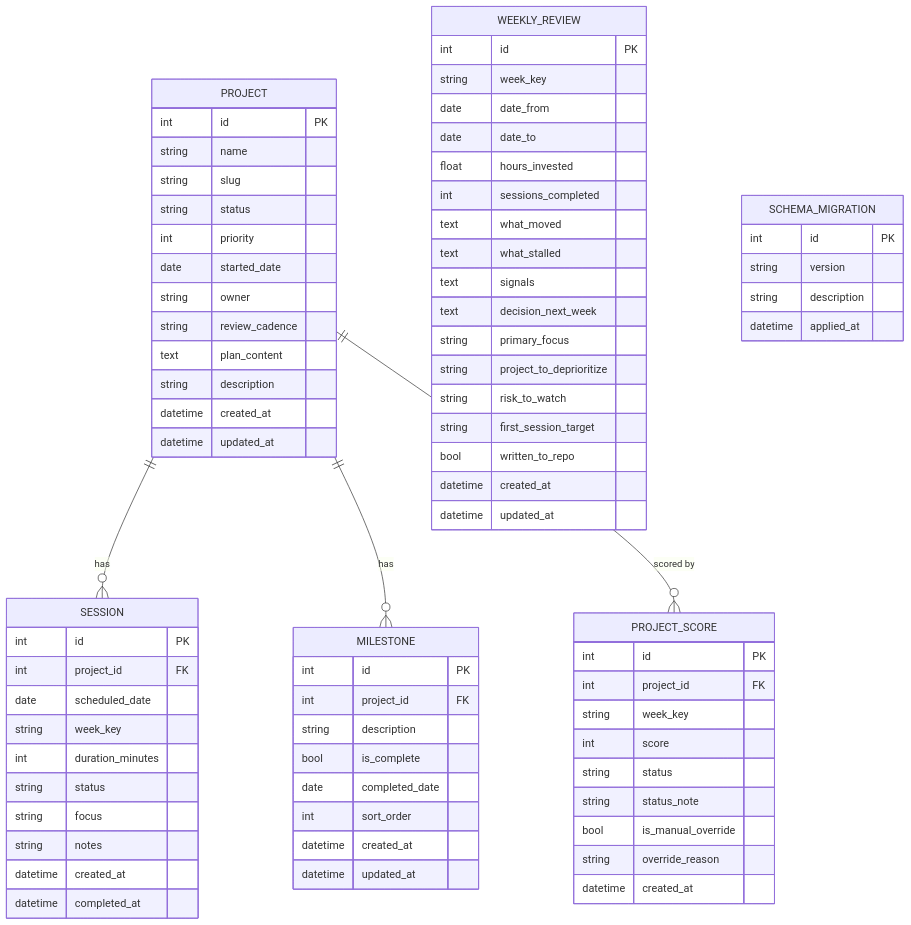
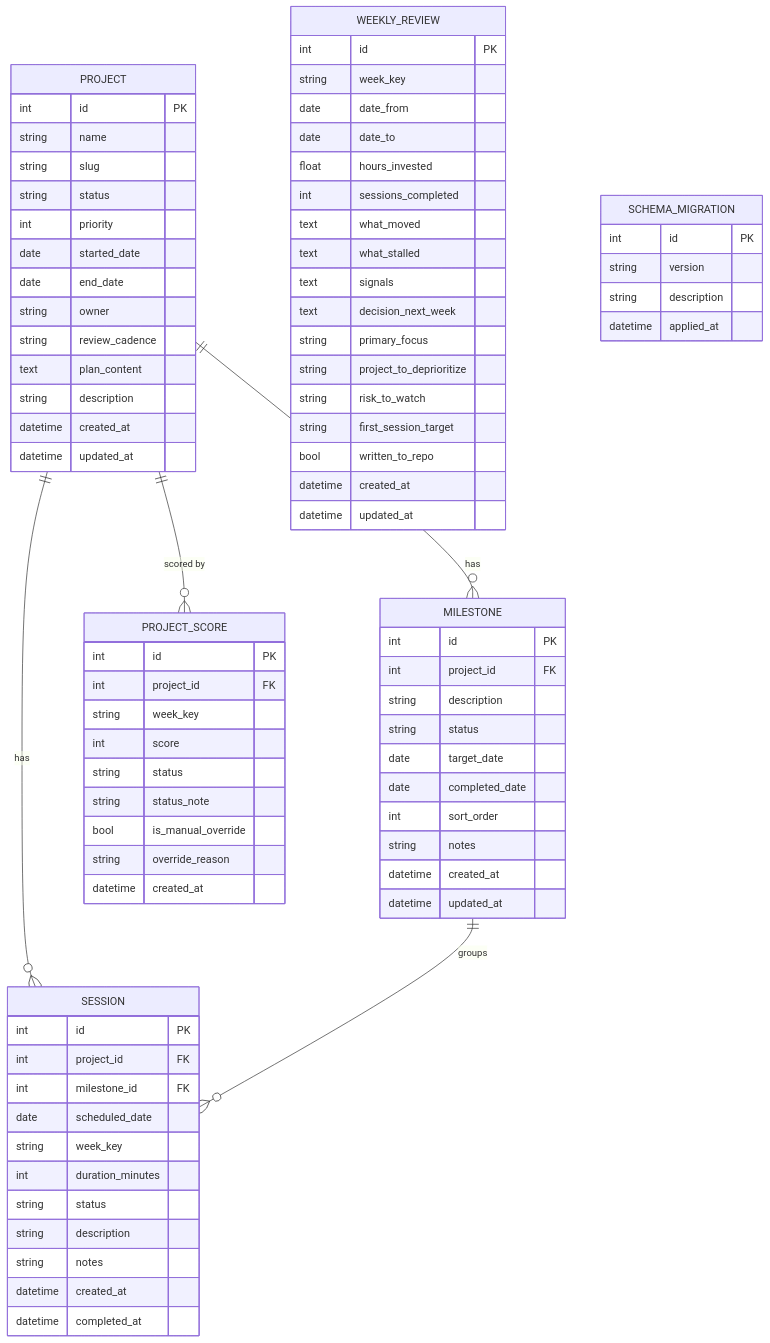
Before and after one commit to mattbriggs/personal-project-portfolio: the diagram in site/src/data-model.md, drawn with Mermaid. The commit also changed other lines of this file and 27 other files, not shown here.

````diff
--- a/site/src/data-model.md
+++ b/site/src/data-model.md
@@ -15,6 +15,7 @@
         string status
         int priority
         date started_date
+        date end_date
         string owner
         string review_cadence
         text plan_content
@@ -26,11 +27,12 @@
     SESSION {
         int id PK
         int project_id FK
+        int milestone_id FK
         date scheduled_date
         string week_key
         int duration_minutes
         string status
-        string focus
+        string description
         string notes
         datetime created_at
         datetime completed_at
@@ -40,9 +42,11 @@
         int id PK
         int project_id FK
         string description
-        bool is_complete
+        string status
+        date target_date
         date completed_date
         int sort_order
+        string notes
         datetime created_at
         datetime updated_at
     }
@@ -87,6 +91,7 @@
     }
 
     PROJECT ||--o{ SESSION : "has"
+    MILESTONE ||--o{ SESSION : "groups"
     PROJECT ||--o{ MILESTONE : "has"
     PROJECT ||--o{ PROJECT_SCORE : "scored by"
 ```
````
